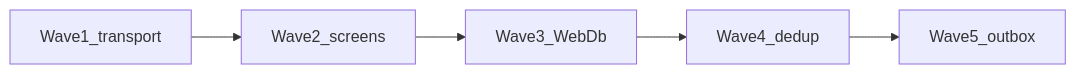
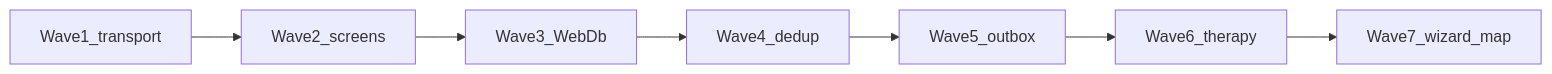
One commit to zuevfoton-art/AllerGuide changed the diagram in docs/refactoring-simplify-reliability.md. Above: the diagram before and after it, drawn with Mermaid. The commit also changed other lines of this file and 18 other files, not shown here.

First line of the commit message:
refactor(mobile): Wave 7 split DiaryWizard and finish map screen

````diff
--- a/docs/refactoring-simplify-reliability.md
+++ b/docs/refactoring-simplify-reliability.md
@@ -65,9 +65,11 @@
 ```mermaid
 flowchart LR
   W1[Wave1_transport]
   W2[Wave2_screens]
   W3[Wave3_WebDb]
   W4[Wave4_dedup]
   W5[Wave5_outbox]
-  W1 --> W2 --> W3 --> W4 --> W5
+  W6[Wave6_therapy]
+  W7[Wave7_wizard_map]
+  W1 --> W2 --> W3 --> W4 --> W5 --> W6 --> W7
 ```
````
